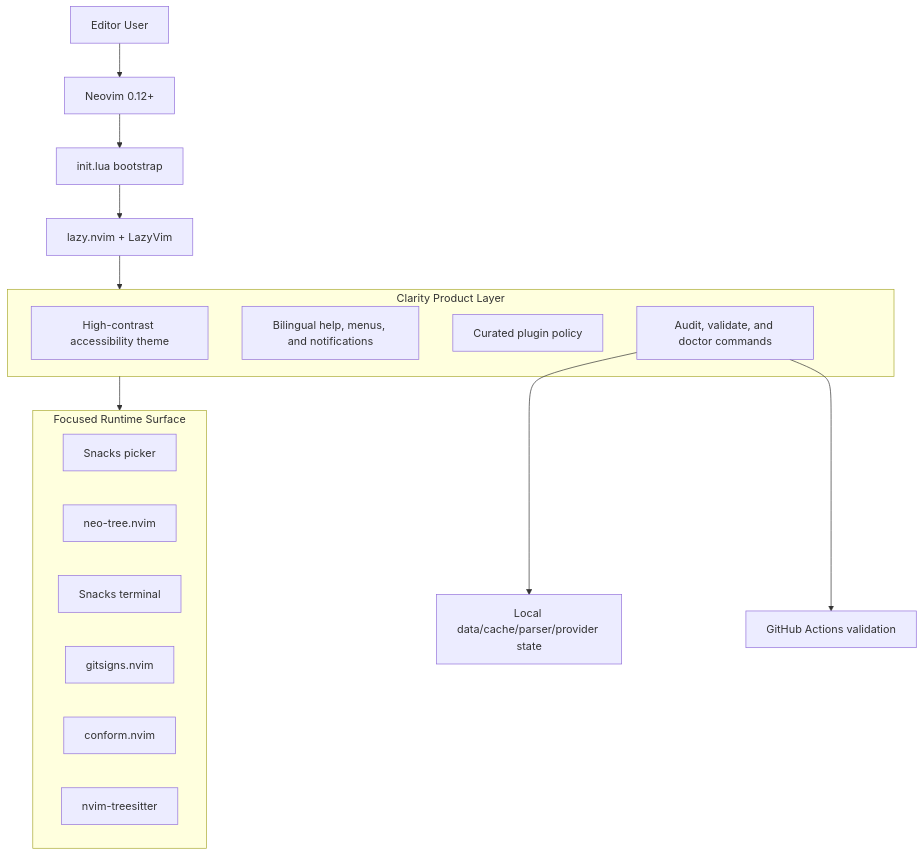
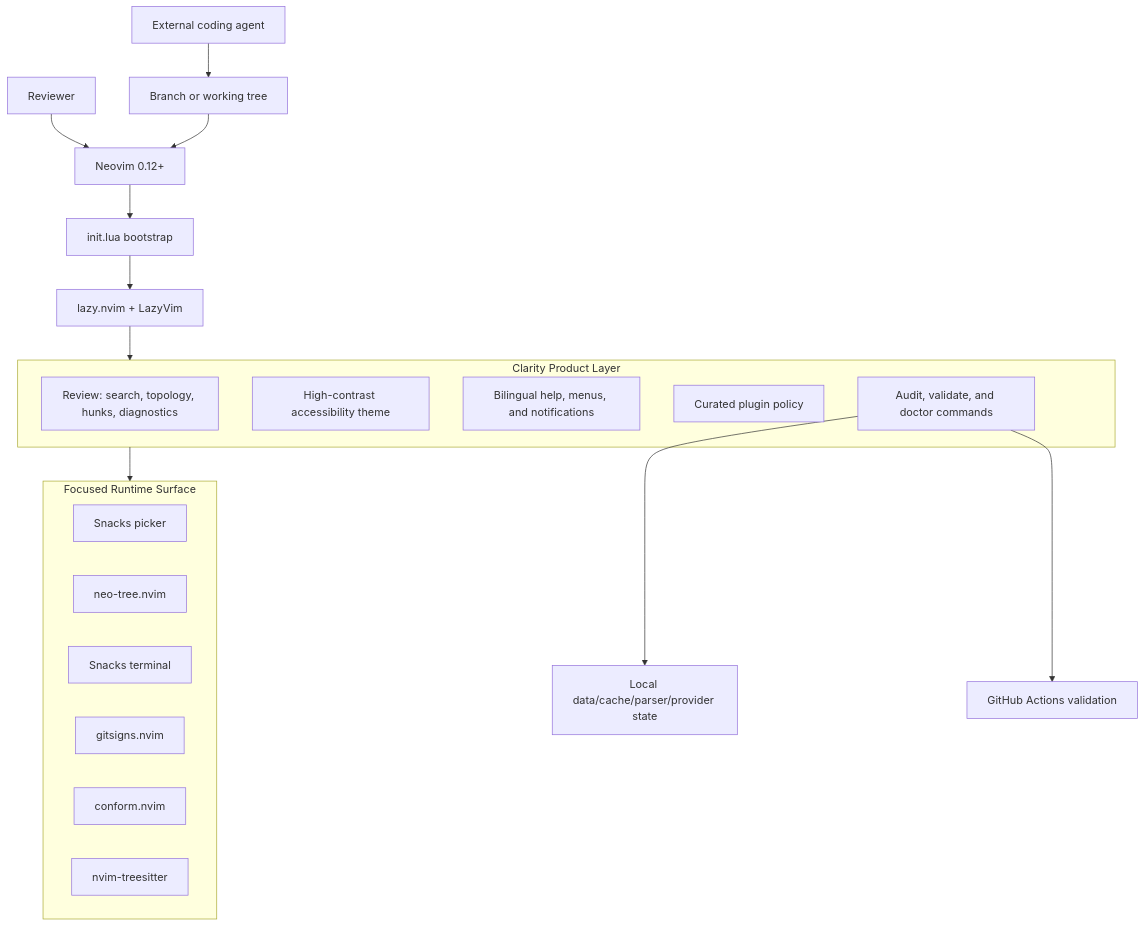
One commit to Nongfsq/my_nvim_config changed the first of 3 diagrams in README.md. Above: the diagram before and after it, drawn with Mermaid. The commit also changed other lines of this file, not shown here.

````diff
--- a/README.md
+++ b/README.md
@@ -175,28 +170,31 @@
 ```mermaid
 flowchart TB
-    User["Editor User"] --> Entry["Neovim 0.12+"]
+    Agent["External coding agent"] --> Change["Branch or working tree"]
+    User["Reviewer"] --> Entry["Neovim 0.12+"]
+    Change --> Entry
     Entry --> Bootstrap["init.lua bootstrap"]
     Bootstrap --> Lazy["lazy.nvim + LazyVim"]
 
     subgraph Product["Clarity Product Layer"]
+        Review["Review: search, topology, hunks, diagnostics"]
         Theme["High-contrast accessibility theme"]
         RuntimeUI["Bilingual help, menus, and notifications"]
         Policy["Curated plugin policy"]
         Doctor["Audit, validate, and doctor commands"]
     end
 
     Lazy --> Product
 
     subgraph Plugins["Focused Runtime Surface"]
         Picker["Snacks picker"]
         Tree["neo-tree.nvim"]
         Terminal["Snacks terminal"]
         Git["gitsigns.nvim"]
         Format["conform.nvim"]
         Syntax["nvim-treesitter"]
     end
 
     Product --> Plugins
     Doctor --> LocalState["Local data/cache/parser/provider state"]
     Doctor --> CI["GitHub Actions validation"]
 ```
````
